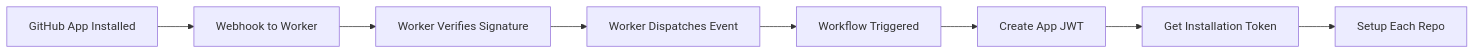
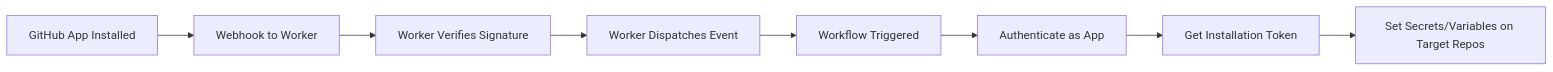
The diagram in README.md (rithviknishad/leaderboard-bot), drawn with Mermaid before and after one commit. The commit also changed other lines of this file and 1 other file, not shown here.

Commit message:
update auto-setup workflow

````diff
--- a/README.md
+++ b/README.md
@@ -182,10 +184,10 @@
 ```mermaid
 graph LR
     A[GitHub App Installed] --> B[Webhook to Worker]
     B --> C[Worker Verifies Signature]
     C --> D[Worker Dispatches Event]
     D --> E[Workflow Triggered]
-    E --> F[Create App JWT]
+    E --> F[Authenticate as App]
     F --> G[Get Installation Token]
-    G --> H[Setup Each Repo]
+    G --> H[Set Secrets/Variables on Target Repos]
 ```
````
